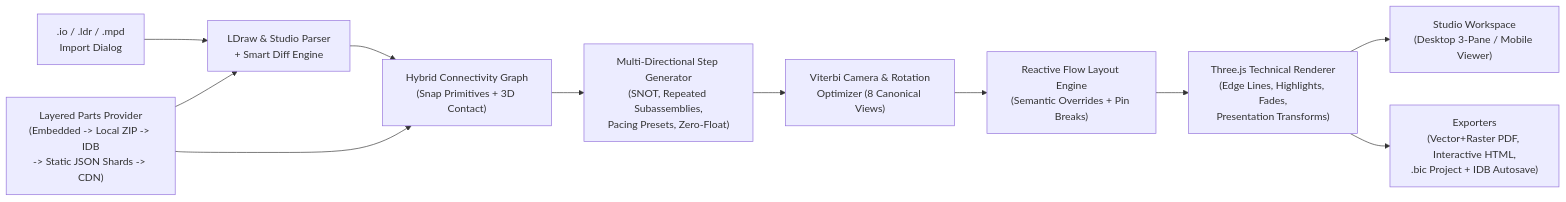
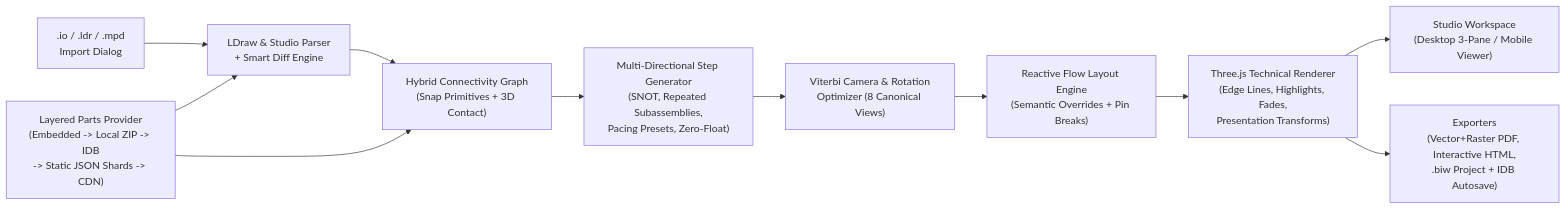
Before and after one commit to star4z/Brick-Instruction-Creator: the diagram in docs/ARCHITECTURE.md, drawn with Mermaid. The commit also changed other lines of this file and 22 other files, not shown here.

Commit message:
Use dedicated .biw and .biwtheme custom file extensions for project and theme import/export

````diff
--- a/docs/ARCHITECTURE.md
+++ b/docs/ARCHITECTURE.md
@@ -18,13 +18,13 @@
 ```mermaid
 flowchart LR
     Input[".io / .ldr / .mpd\nImport Dialog"] --> Parser["LDraw & Studio Parser\n+ Smart Diff Engine"]
     Parts["Layered Parts Provider\n(Embedded -> Local ZIP -> IDB\n-> Static JSON Shards -> CDN)"] --> Parser
     Parts --> Conn["Hybrid Connectivity Graph\n(Snap Primitives + 3D Contact)"]
     Parser --> Conn
     Conn --> StepGen["Multi-Directional Step Generator\n(SNOT, Repeated Subassemblies,\nPacing Presets, Zero-Float)"]
     StepGen --> CamOpt["Viterbi Camera & Rotation\nOptimizer (8 Canonical Views)"]
     CamOpt --> Layout["Reactive Flow Layout Engine\n(Semantic Overrides + Pin Breaks)"]
     Layout --> Renderer["Three.js Technical Renderer\n(Edge Lines, Highlights, Fades,\nPresentation Transforms)"]
     Renderer --> UI["Studio Workspace\n(Desktop 3-Pane / Mobile Viewer)"]
-    Renderer --> Export["Exporters\n(Vector+Raster PDF, Interactive HTML,\n.bic Project + IDB Autosave)"]
+    Renderer --> Export["Exporters\n(Vector+Raster PDF, Interactive HTML,\n.biw Project + IDB Autosave)"]
 ```
````
